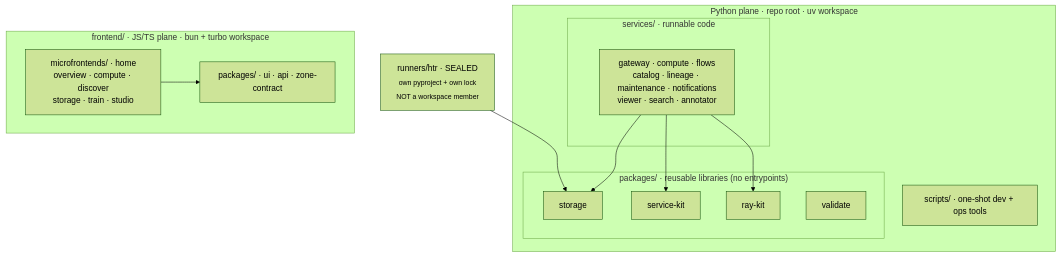
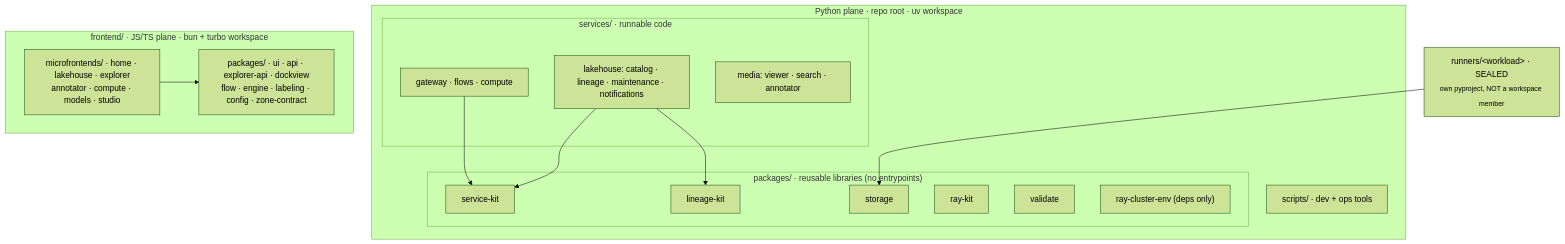
The diagram in docs/architecture/layout.md (AI-Riksarkivet/rask), drawn with Mermaid (forest theme) before and after one commit. The commit also changed other lines of this file and 41 other files, not shown here.

````diff
--- a/docs/architecture/layout.md
+++ b/docs/architecture/layout.md
@@ -13,24 +10,28 @@
 ```mermaid
 flowchart TD
     subgraph py["Python plane · repo root · uv workspace"]
         subgraph services["services/ · runnable code"]
-            cs["gateway · compute · flows<br/>catalog · lineage · maintenance · notifications<br/>viewer · search · annotator"]
+            lake["lakehouse: catalog · lineage · maintenance · notifications"]
+            fleet["gateway · flows · compute"]
+            media["media: viewer · search · annotator"]
         end
         subgraph packages["packages/ · reusable libraries (no entrypoints)"]
+            psk["service-kit"]
+            plk["lineage-kit"]
             pst["storage"]
-            psk["service-kit"]
             prk["ray-kit"]
             ptv["validate"]
+            prc["ray-cluster-env (deps only)"]
         end
-        cx["scripts/ · one-shot dev + ops tools"]
+        cx["scripts/ · dev + ops tools"]
     end
     subgraph js["frontend/ · JS/TS plane · bun + turbo workspace"]
-        mf["microfrontends/ · home<br/>overview · compute · discover<br/>storage · train · studio"]
-        fpk["packages/ · ui · api · zone-contract"]
+        mf["microfrontends/ · home · lakehouse · explorer<br/>annotator · compute · models · studio"]
+        fpk["packages/ · ui · api · explorer-api · dockview<br/>flow · engine · labeling · config · zone-contract"]
     end
-    rn["runners/htr · SEALED<br/><sub>own pyproject + own lock<br/>NOT a workspace member</sub>"] --> pst
-    cs --> psk
-    cs --> prk
-    cs --> pst
+    rn["runners/&lt;workload&gt; · SEALED<br/><sub>own pyproject, NOT a workspace member</sub>"] --> pst
+    lake --> psk
+    lake --> plk
+    fleet --> psk
     mf --> fpk
 ```
````
